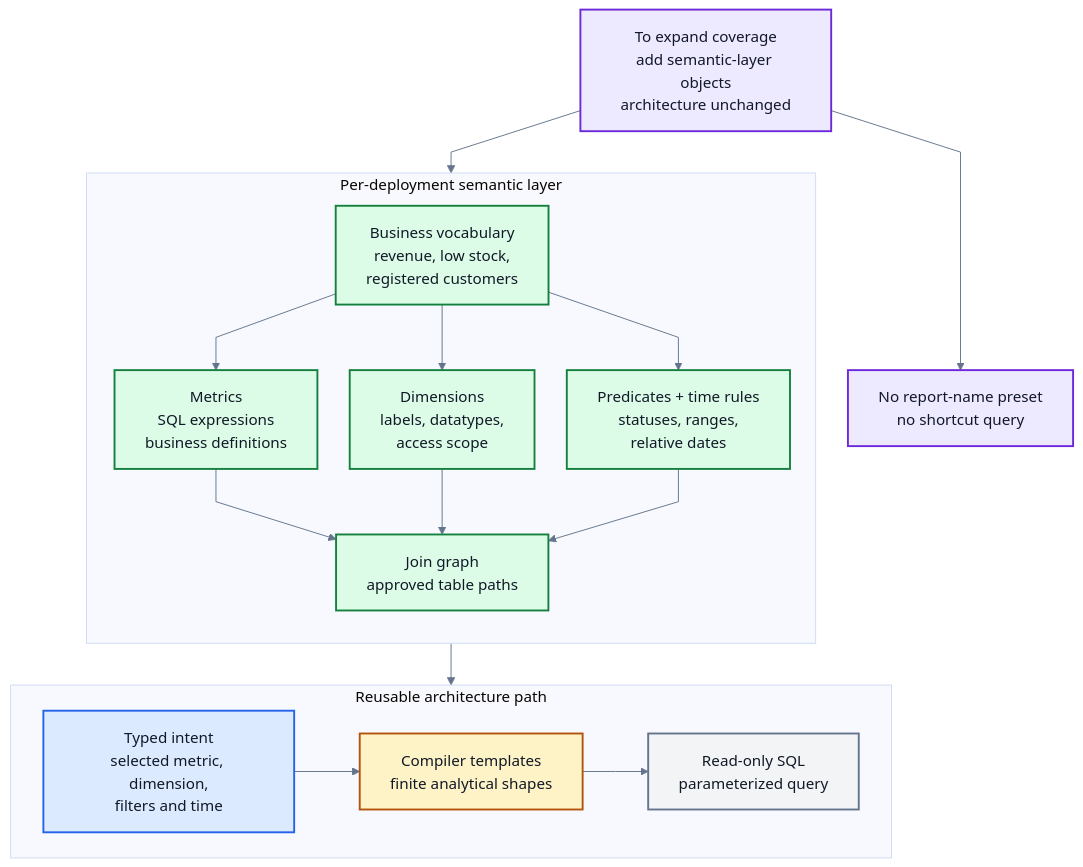
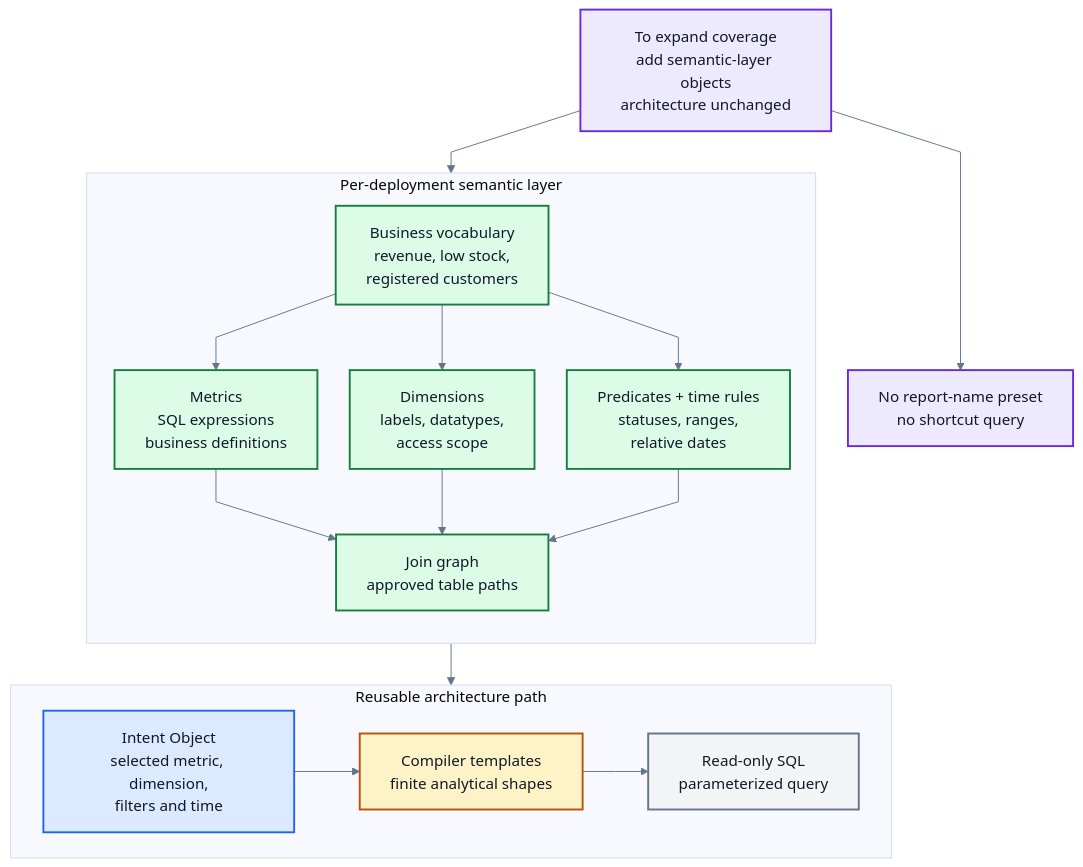
The diagram in docs/scripts/thesis_book_generator/figures/source/figure-04-semantic-layer-modularity.mmd (md-riaz/AEGIS-Research), drawn with Mermaid before and after one commit. The commit also changed 28 other files, not shown here.

```diff
--- a/docs/scripts/thesis_book_generator/figures/source/figure-04-semantic-layer-modularity.mmd
+++ b/docs/scripts/thesis_book_generator/figures/source/figure-04-semantic-layer-modularity.mmd
@@ -1,44 +1,44 @@
 %% AEGIS thesis Figure 4 source
 %%{init: {"theme": "base", "themeCSS": ".nodeLabel, .edgeLabel, .cluster-label { font-family: Arial, sans-serif !important; } .nodeLabel { font-size: 16px; } .edgeLabel { font-size: 14px; } .cluster-label { font-weight: 700; }", "themeVariables": {"fontFamily": "Arial, sans-serif", "primaryTextColor": "#111827", "lineColor": "#64748b"}, "flowchart": {"nodeSpacing": 34, "rankSpacing": 44, "curve": "linear", "padding": 16}}}%%
 flowchart TB
     EXT["To expand coverage<br/>add semantic-layer objects<br/>architecture unchanged"]
 
     subgraph DOMAIN["Per-deployment semantic layer"]
       direction TB
       B["Business vocabulary<br/>revenue, low stock,<br/>registered customers"]
       M["Metrics<br/>SQL expressions<br/>business definitions"]
       D["Dimensions<br/>labels, datatypes,<br/>access scope"]
       F["Predicates + time rules<br/>statuses, ranges,<br/>relative dates"]
       J["Join graph<br/>approved table paths"]
       B --> M
       B --> D
       B --> F
       M --> J
       D --> J
       F --> J
     end
 
     subgraph PATH["Reusable architecture path"]
       direction LR
-      I["Typed intent<br/>selected metric, dimension,<br/>filters and time"]
+      I["Intent Object<br/>selected metric, dimension,<br/>filters and time"]
       T["Compiler templates<br/>finite analytical shapes"]
       SQL["Read-only SQL<br/>parameterized query"]
       I --> T --> SQL
     end
 
     NOP["No report-name preset<br/>no shortcut query"]
 
     EXT --> DOMAIN --> I
     EXT --> NOP
 
     classDef semantic fill:#dcfce7,stroke:#15803d,color:#111827,stroke-width:2px;
     classDef intent fill:#dbeafe,stroke:#2563eb,color:#111827,stroke-width:2px;
     classDef compiler fill:#fef3c7,stroke:#b45309,color:#111827,stroke-width:2px;
     classDef sql fill:#f3f4f6,stroke:#64748b,color:#111827,stroke-width:2px;
     classDef extend fill:#ede9fe,stroke:#6d28d9,color:#111827,stroke-width:2px;
 
     class B,M,D,F,J semantic;
     class I intent;
     class T compiler;
     class SQL sql;
     class EXT,NOP extend;
```
